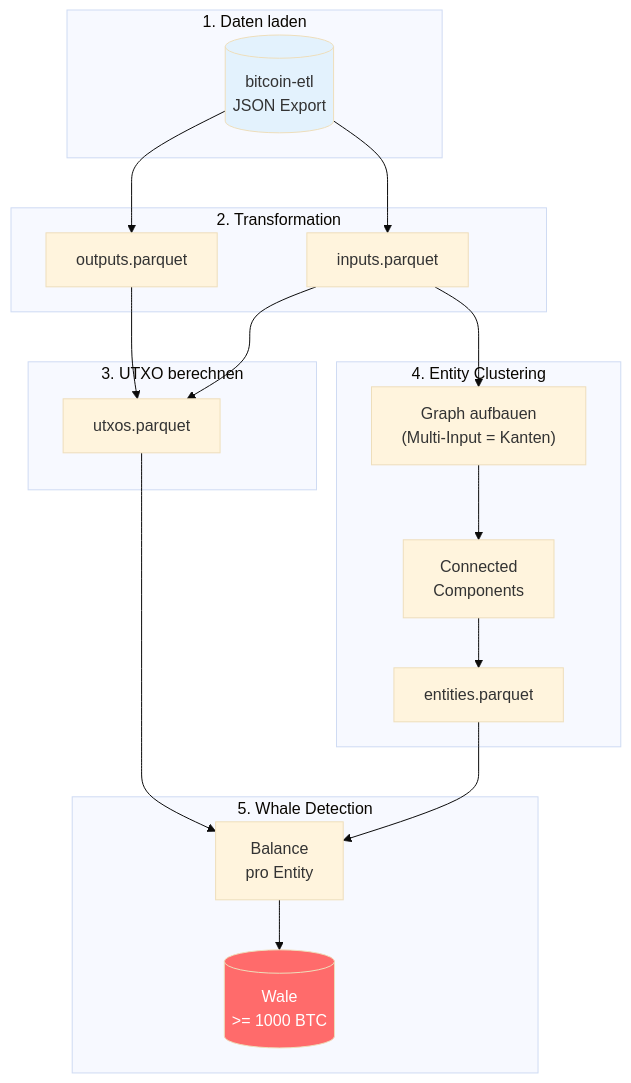
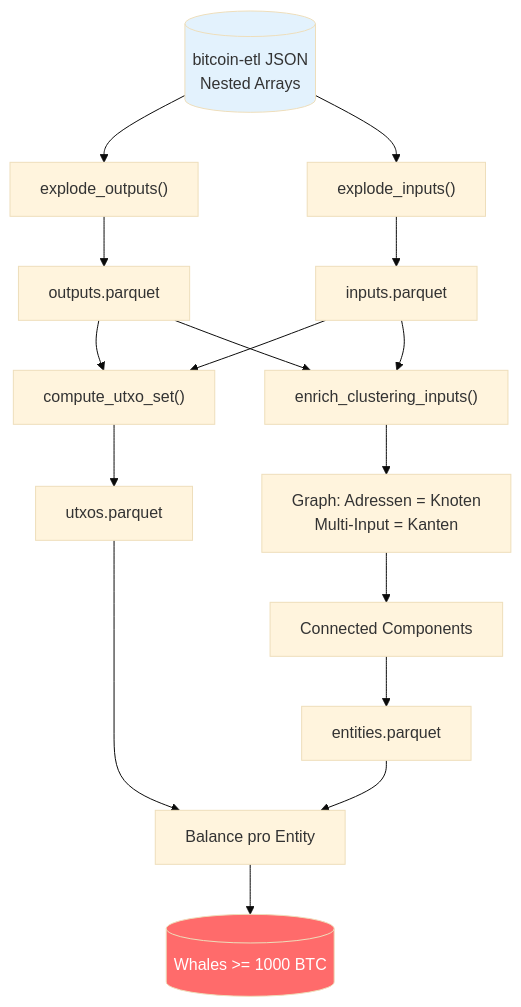
The fifth of 5 diagrams in docs/architecture.md (RomanRnlt/bitcoin-whale-intelligence), drawn with Mermaid (base theme) before and after one commit. The commit also changed other lines of this file and 4 other files, not shown here.

````diff
--- a/docs/architecture.md
+++ b/docs/architecture.md
@@ -112,31 +226,27 @@
 ```mermaid
 flowchart TB
-    subgraph input["1. Daten laden"]
-        RAW[("bitcoin-etl<br/>JSON Export")]
-    end
+    RAW[("bitcoin-etl JSON<br/>Nested Arrays")]
 
-    subgraph transform["2. Transformation"]
-        RAW --> OUT[outputs.parquet]
-        RAW --> INP[inputs.parquet]
-    end
+    RAW --> EO["explode_outputs()"]
+    RAW --> EI["explode_inputs()"]
 
-    subgraph utxo["3. UTXO berechnen"]
-        OUT --> UTXO[utxos.parquet]
-        INP --> UTXO
-    end
+    EO --> OUT["outputs.parquet"]
+    EI --> INP["inputs.parquet"]
 
-    subgraph cluster["4. Entity Clustering"]
-        INP --> GRAPH["Graph aufbauen<br/>(Multi-Input = Kanten)"]
-        GRAPH --> CC["Connected<br/>Components"]
-        CC --> ENT[entities.parquet]
-    end
+    OUT --> UTXO["compute_utxo_set()"]
+    INP --> UTXO
+    UTXO --> UTXOP["utxos.parquet"]
 
-    subgraph whale["5. Whale Detection"]
-        UTXO --> BAL["Balance<br/>pro Entity"]
-        ENT --> BAL
-        BAL --> WHALE[("Wale<br/>>= 1000 BTC")]
-    end
+    INP --> ENRICH["enrich_clustering_inputs()"]
+    OUT --> ENRICH
+    ENRICH --> GRAPH["Graph: Adressen = Knoten<br/>Multi-Input = Kanten"]
+    GRAPH --> CC["Connected Components"]
+    CC --> ENT["entities.parquet"]
+
+    UTXOP --> WHALE["Balance pro Entity"]
+    ENT --> WHALE
+    WHALE --> RESULT[("Whales >= 1000 BTC")]
 
     style RAW fill:#e3f2fd
-    style WHALE fill:#ff6b6b,color:#fff
+    style RESULT fill:#ff6b6b,color:#fff
 ```
````
